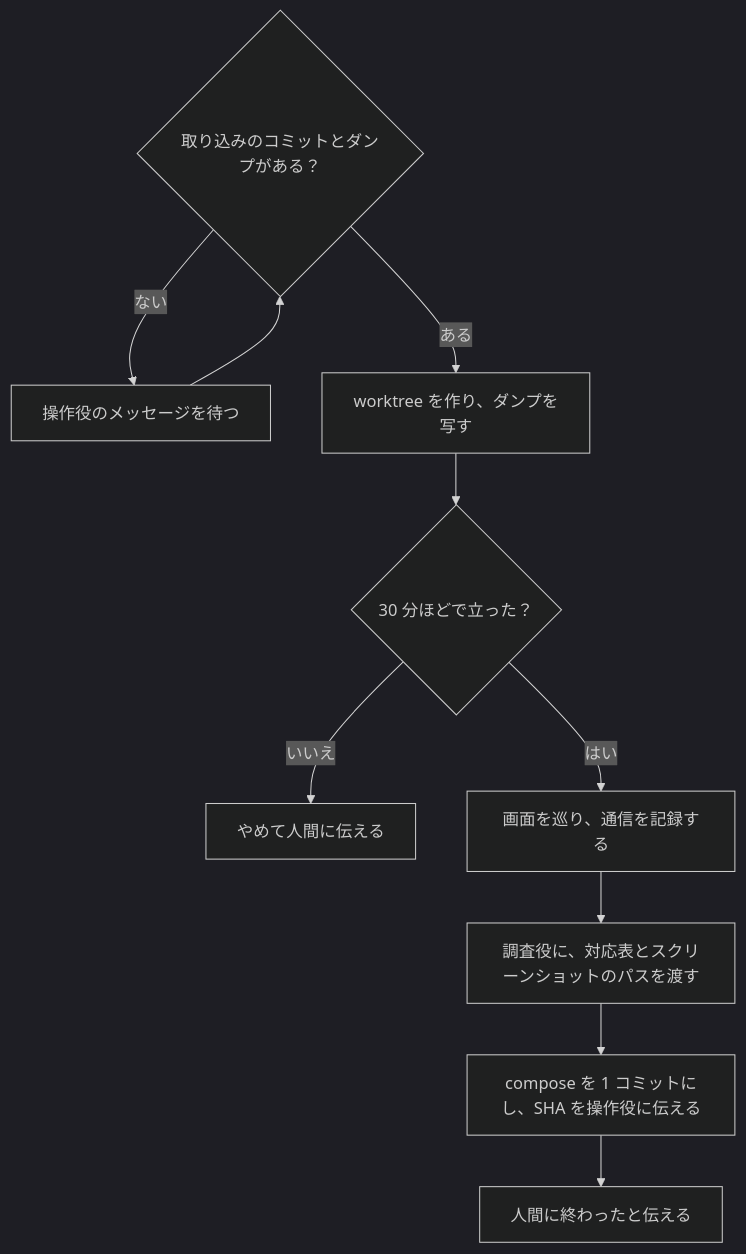
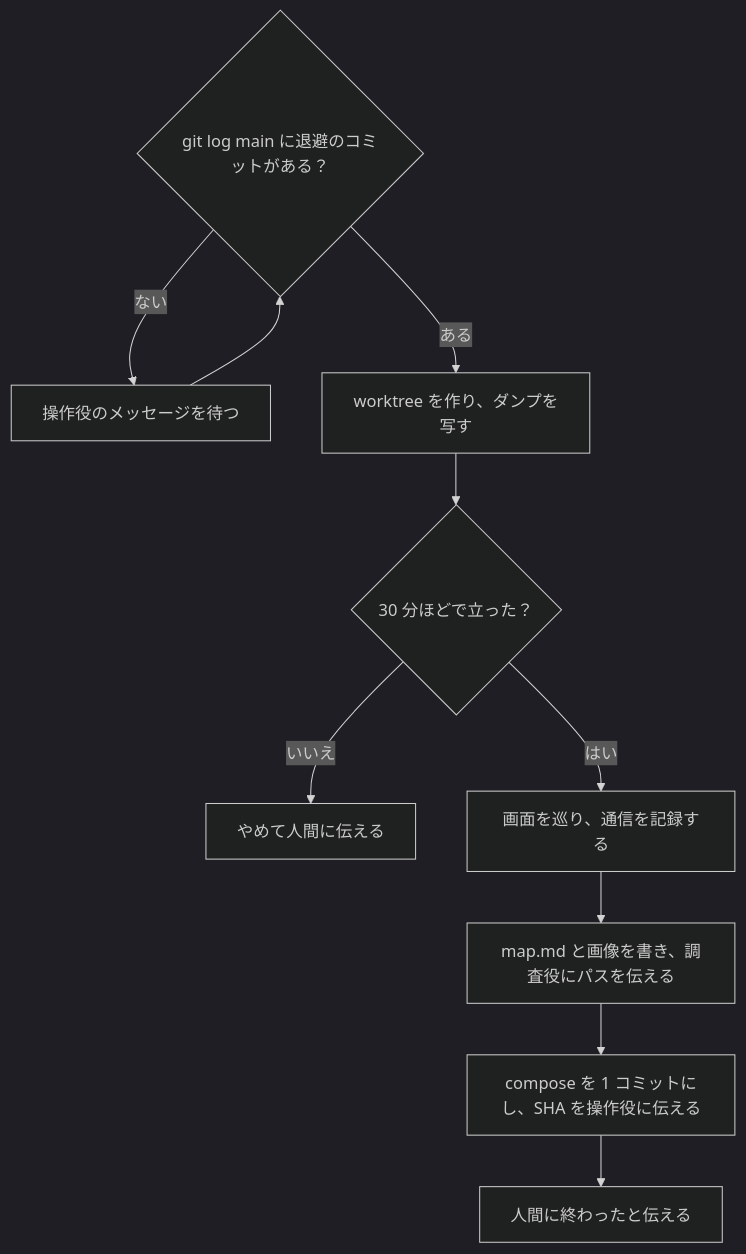
Before and after one commit to kmishima16/isucon2026: the diagram in .claude/skills/isu-local/SKILL.md, drawn with Mermaid (dark theme). The commit also changed other lines of this file and 12 other files, not shown here.

````diff
--- a/.claude/skills/isu-local/SKILL.md
+++ b/.claude/skills/isu-local/SKILL.md
@@ -45,11 +46,11 @@
 ```mermaid
 flowchart TD
-  check{"取り込みのコミットとダンプがある？"} -- ない --> wait["操作役のメッセージを待つ"] --> check
+  check{"git log main に退避のコミットがある？"} -- ない --> wait["操作役のメッセージを待つ"] --> check
   check -- ある --> wt["worktree を作り、ダンプを写す"]
   wt --> up{"30 分ほどで立った？"}
   up -- いいえ --> stop["やめて人間に伝える"]
   up -- はい --> browse["画面を巡り、通信を記録する"]
-  browse --> hand["調査役に、対応表とスクリーンショットのパスを渡す"]
+  browse --> hand["map.md と画像を書き、調査役にパスを伝える"]
   hand --> commit["compose を 1 コミットにし、SHA を操作役に伝える"]
   commit --> done["人間に終わったと伝える"]
 ```
````
